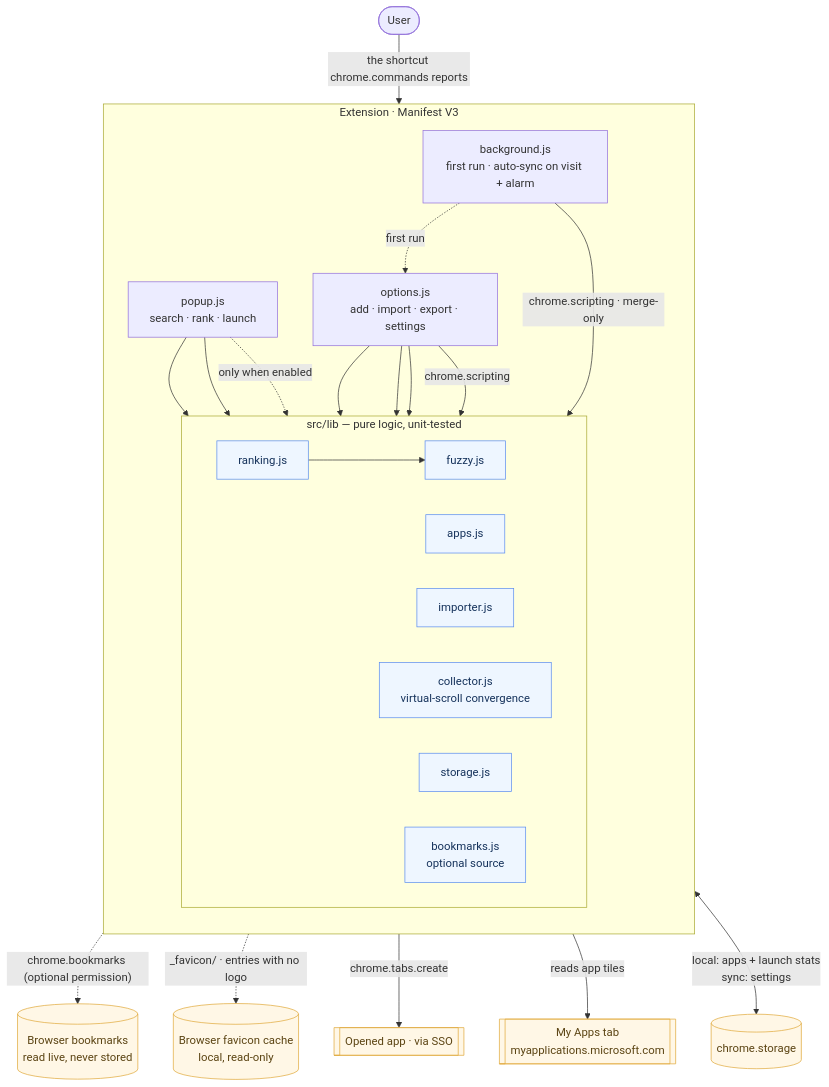
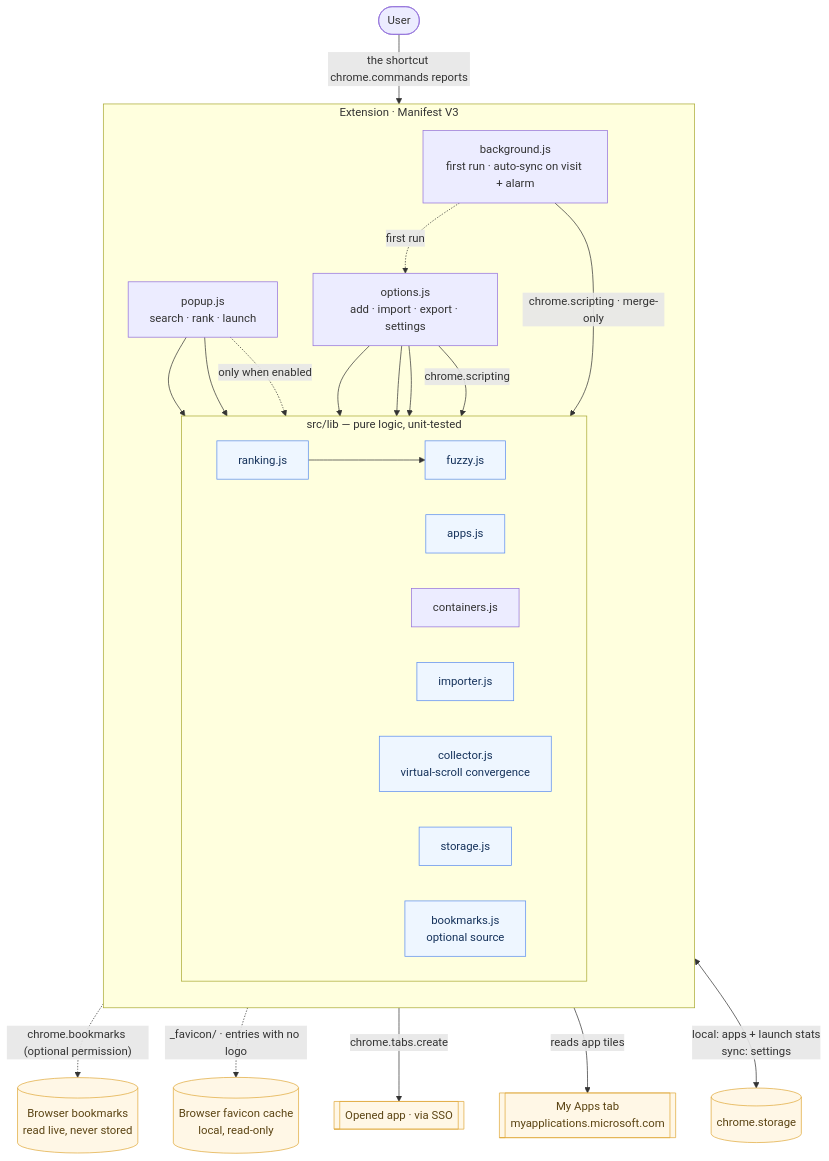
One commit to sapn95/beeline changed the first of 2 diagrams in docs/architecture.md. Above: the diagram before and after it, drawn with Mermaid. The commit also changed 10 other files, not shown here.

````diff
--- a/docs/architecture.md
+++ b/docs/architecture.md
@@ -11,51 +11,52 @@
 ```mermaid
 flowchart TB
   user(["User"])
 
   subgraph ext["Extension · Manifest V3"]
     direction TB
     popup["popup.js<br/>search · rank · launch"]
     options["options.js<br/>add · import · export · settings"]
     bg["background.js<br/>first run · auto-sync on visit + alarm"]
 
     subgraph lib["src/lib — pure logic, unit-tested"]
       direction LR
       ranking["ranking.js"] --> fuzzy["fuzzy.js"]
       apps["apps.js"]
+      containers["containers.js"]
       importer["importer.js"]
       collector["collector.js<br/>virtual-scroll convergence"]
       storage["storage.js"]
       bookmarksLib["bookmarks.js<br/>optional source"]
     end
   end
 
   store[("chrome.storage")]
   marks[("Browser bookmarks<br/>read live, never stored")]
   icons[("Browser favicon cache<br/>local, read-only")]
   myapps[["My Apps tab<br/>myapplications.microsoft.com"]]
   opened[["Opened app · via SSO"]]
 
   user -->|"the shortcut chrome.commands reports"| popup
   bg -. first run .-> options
 
   popup --> ranking
   popup --> storage
   popup -.->|"only when enabled"| bookmarksLib
   bookmarksLib -.->|"chrome.bookmarks (optional permission)"| marks
   popup -.->|"_favicon/ · entries with no logo"| icons
   popup -->|"chrome.tabs.create"| opened
 
   options --> apps
   options --> storage
   options --> collector
   options -->|"chrome.scripting"| importer
   bg -->|"chrome.scripting · merge-only"| importer
   importer -->|"reads app tiles"| myapps
 
   storage <-->|"local: apps + launch stats<br/>sync: settings"| store
 
   classDef pure fill:#eef6ff,stroke:#5b8def,color:#15325b;
   classDef extern fill:#fff7e6,stroke:#e0a93b,color:#5b4413;
   class ranking,fuzzy,apps,importer,collector,storage,bookmarksLib pure;
   class store,marks,icons,myapps,opened extern;
 ```
````
